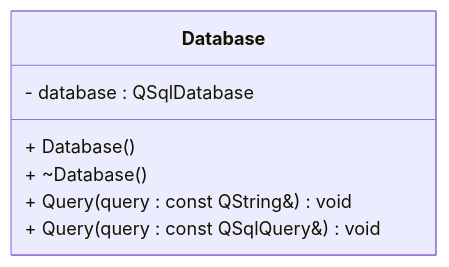
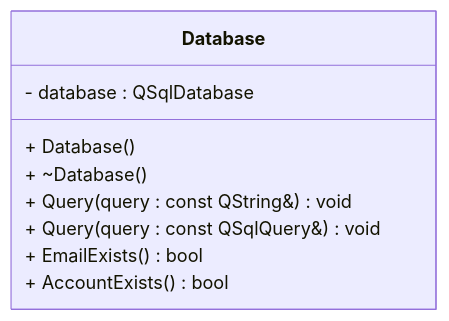
One commit to SUP3RBOB/project4_section1_group4 changed the fifth of 5 diagrams in README.md. Above: the diagram before and after it, drawn with Mermaid. The commit also changed other lines of this file, not shown here.

````diff
--- a/README.md
+++ b/README.md
@@ -107,10 +119,12 @@
 ```mermaid
     classDiagram
         class Database {
             + Database()
             + ~Database()
             - database : QSqlDatabase
             + Query(query : const QString&) void
             + Query(query : const QSqlQuery&) void
+            + EmailExists() bool
+            + AccountExists()bool
         }
 ```
````
